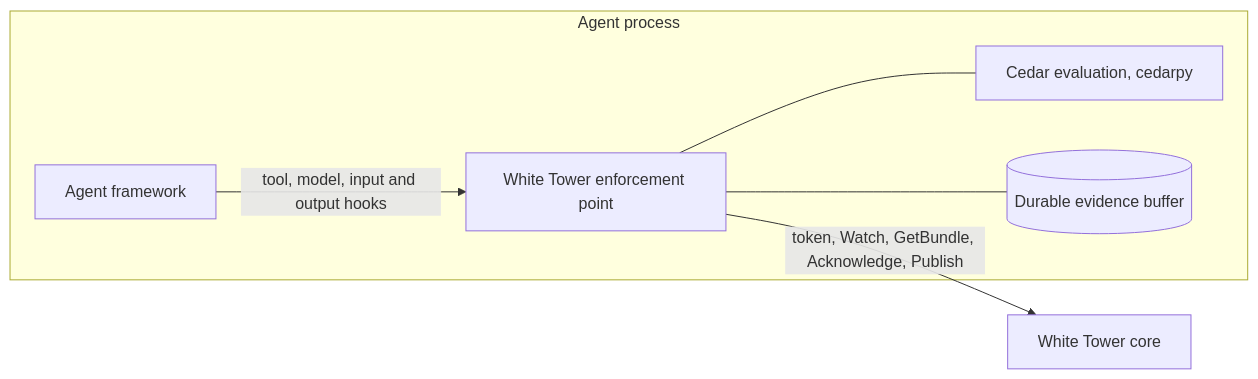
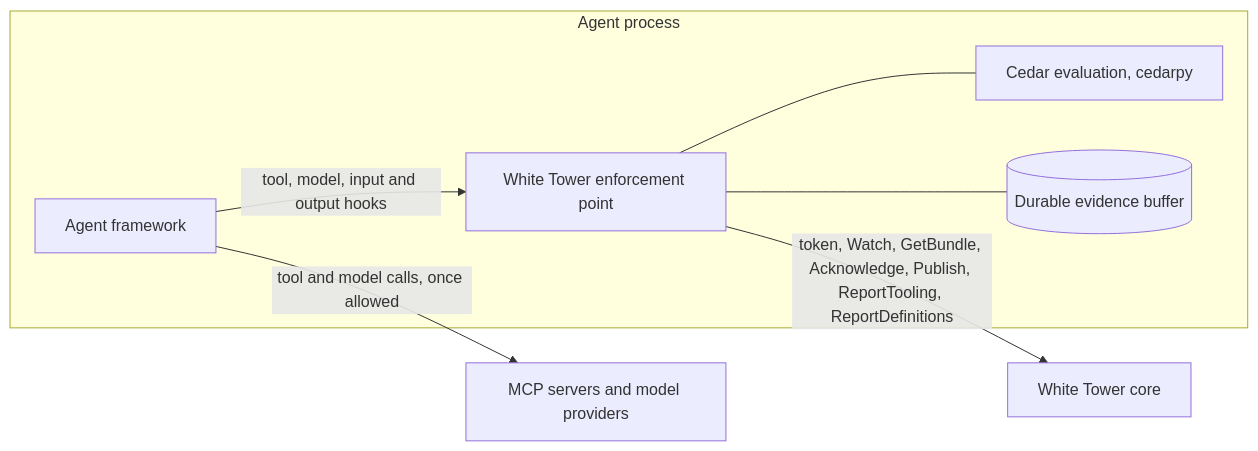
One commit to J466Y/WhiteTower changed the fifth of 6 diagrams in docs/architecture/mvp-architecture.md. Above: the diagram before and after it, drawn with Mermaid. The commit also changed other lines of this file and 25 other files, not shown here.

First line of the commit message:
docs(P1-16): integrate RFC-0002 into MVP architecture, requirements and roadmap (#45)

````diff
--- a/docs/architecture/mvp-architecture.md
+++ b/docs/architecture/mvp-architecture.md
@@ -291,9 +335,10 @@
 ```mermaid
 flowchart LR
     subgraph proc[Agent process]
         FW[Agent framework] -- tool, model, input and output hooks --> EP[White Tower enforcement point]
         EP --- CEDAR[Cedar evaluation, cedarpy]
         EP --- BUF[(Durable evidence buffer)]
     end
-    EP -- token, Watch, GetBundle, Acknowledge, Publish --> CORE[White Tower core]
+    EP -- token, Watch, GetBundle, Acknowledge, Publish, ReportTooling, ReportDefinitions --> CORE[White Tower core]
+    FW -- tool and model calls, once allowed --> EXT[MCP servers and model providers]
 ```
````
